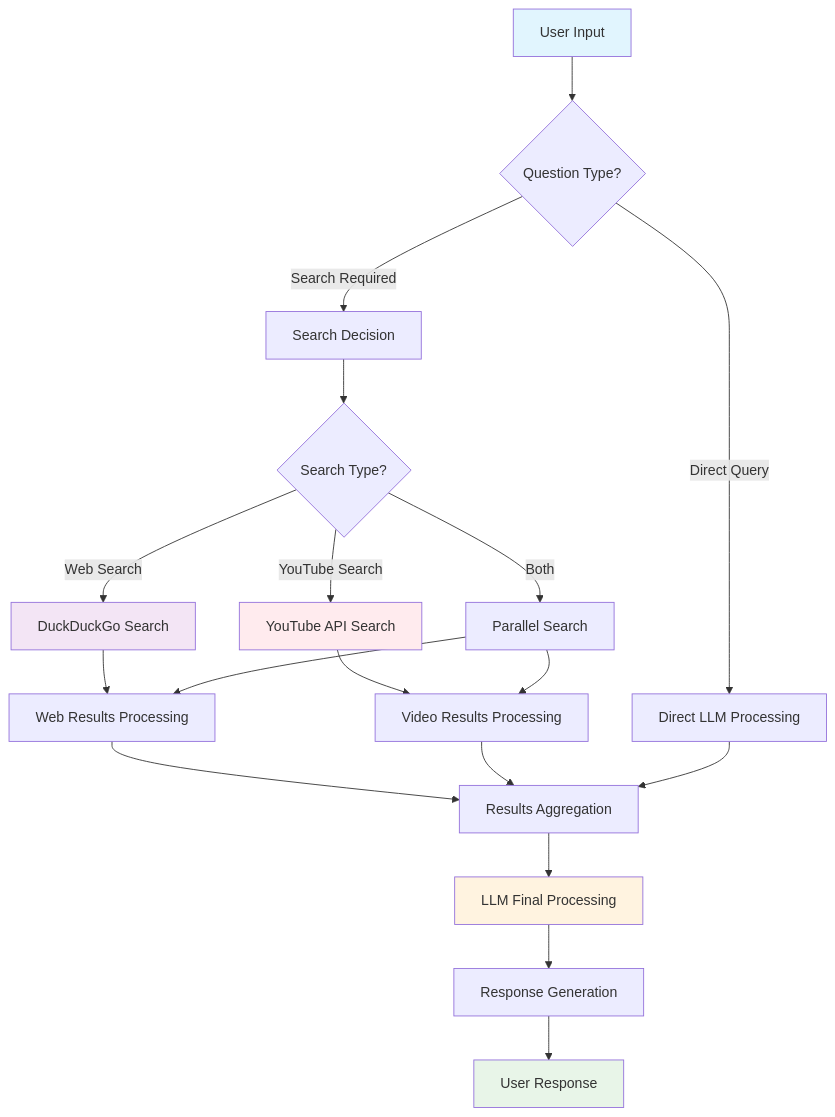
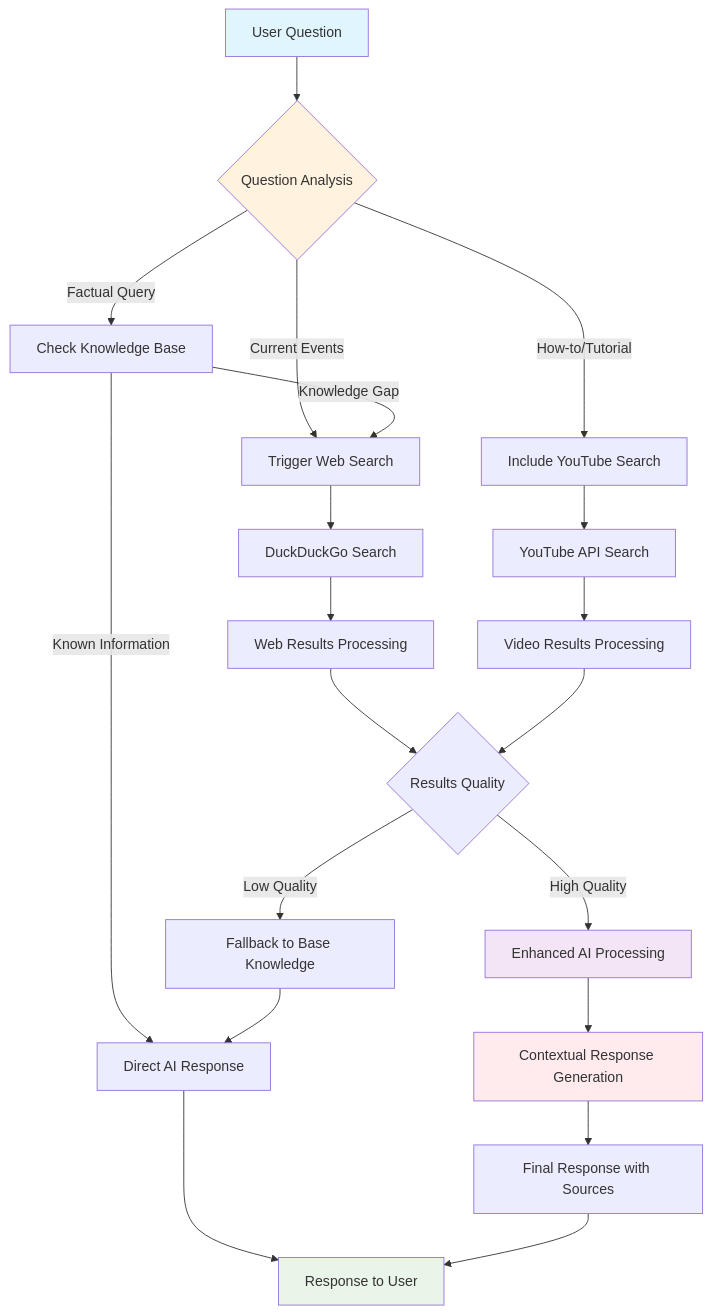
One commit to GokulanV7/SmartGenei changed the third of 6 diagrams in README.md. Above: the diagram before and after it, drawn with Mermaid. The commit also changed other lines of this file, not shown here.

````diff
--- a/README.md
+++ b/README.md
@@ -352,31 +409,35 @@
 ```mermaid
 flowchart TD
-    A[User Input] --> B{Question Type?}
+    A[User Question] --> B{Question Analysis}
     
-    B -->|Direct Query| C[Direct LLM Processing]
-    B -->|Search Required| D[Search Decision]
+    B -->|Factual Query| C[Check Knowledge Base]
+    B -->|Current Events| D[Trigger Web Search]
+    B -->|How-to/Tutorial| E[Include YouTube Search]
     
-    D --> E{Search Type?}
-    E -->|Web Search| F[DuckDuckGo Search]
-    E -->|YouTube Search| G[YouTube API Search]
-    E -->|Both| H[Parallel Search]
+    C -->|Known Information| F[Direct AI Response]
+    C -->|Knowledge Gap| D
     
-    F --> I[Web Results Processing]
-    G --> J[Video Results Processing]
-    H --> I
-    H --> J
+    D --> G[DuckDuckGo Search]
+    E --> H[YouTube API Search]
     
-    I --> K[Results Aggregation]
+    G --> I[Web Results Processing]
+    H --> J[Video Results Processing]
+    
+    I --> K{Results Quality}
     J --> K
-    C --> K
     
-    K --> L[LLM Final Processing]
-    L --> M[Response Generation]
-    M --> N[User Response]
+    K -->|High Quality| L[Enhanced AI Processing]
+    K -->|Low Quality| M[Fallback to Base Knowledge]
+    
+    L --> N[Contextual Response Generation]
+    M --> F
+    N --> O[Final Response with Sources]
+    F --> P[Response to User]
+    O --> P
     
     style A fill:#e1f5fe
-    style N fill:#e8f5e8
-    style L fill:#fff3e0
-    style F fill:#f3e5f5
-    style G fill:#ffebee
+    style B fill:#fff3e0
+    style P fill:#e8f5e8
+    style L fill:#f3e5f5
+    style N fill:#ffebee
 ```
````
